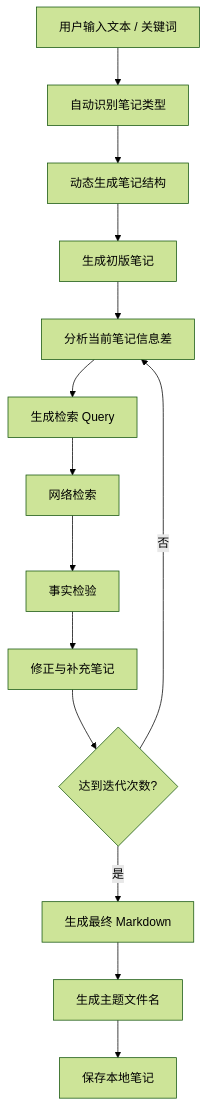
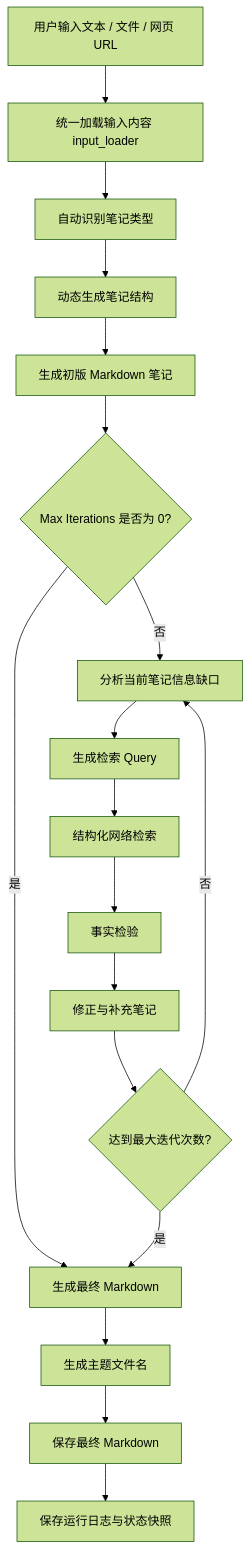
The diagram in README.md (lilBlil/note-agent), drawn with Mermaid (forest theme) before and after one commit. The commit also changed other lines of this file, not shown here.

````diff
--- a/README.md
+++ b/README.md
@@ -110,31 +156,39 @@
 ```mermaid
 flowchart TD
 
-A[用户输入文本 / 关键词]
+A[用户输入文本 / 文件 / 网页 URL]
 
-A --> B[自动识别笔记类型]
+A --> B[统一加载输入内容 input_loader]
 
-B --> C[动态生成笔记结构]
+B --> C[自动识别笔记类型]
 
-C --> D[生成初版笔记]
+C --> D[动态生成笔记结构]
 
-D --> E[分析当前笔记信息差]
+D --> E[生成初版 Markdown 笔记]
 
-E --> F[生成检索 Query]
+E --> F{Max Iterations 是否为 0?}
 
-F --> G[网络检索]
+F -- 是 --> M[生成最终 Markdown]
 
-G --> H[事实检验]
+F -- 否 --> G[分析当前笔记信息缺口]
 
-H --> I[修正与补充笔记]
+G --> H[生成检索 Query]
 
-I --> J{达到迭代次数?}
+H --> I[结构化网络检索]
 
-J -- 否 --> E
+I --> J[事实检验]
 
-J -- 是 --> K[生成最终 Markdown]
+J --> K[修正与补充笔记]
 
-K --> L[生成主题文件名]
+K --> L{达到最大迭代次数?}
 
-L --> M[保存本地笔记]
+L -- 否 --> G
+
+L -- 是 --> M[生成最终 Markdown]
+
+M --> N[生成主题文件名]
+
+N --> O[保存最终 Markdown]
+
+O --> P[保存运行日志与状态快照]
 ```
````
